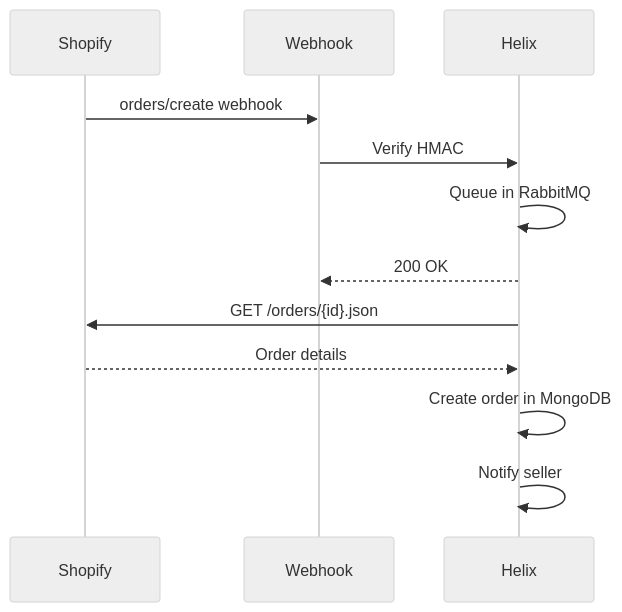
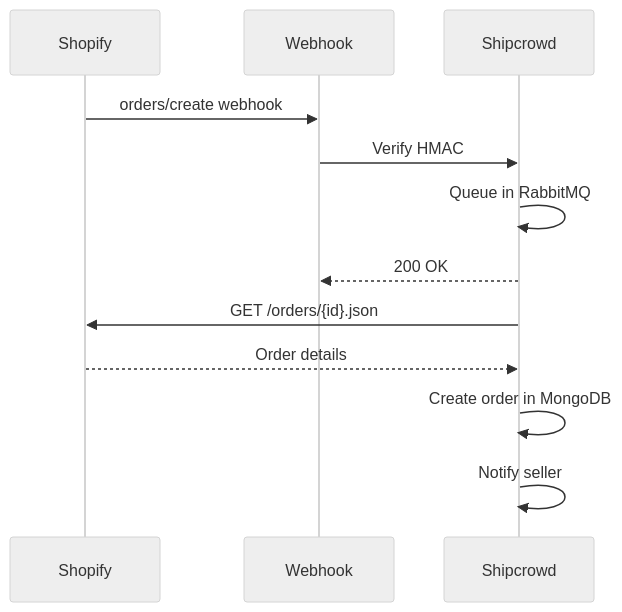
The second of 3 diagrams in docs/Development/Domains/Integrations/Ecommerce/Shopify_APIs.md (dhirajgiri3/Shipcrowd), drawn with Mermaid (neutral theme) before and after one commit. The commit also changed other lines of this file and 282 other files, not shown here.

````diff
--- a/docs/Development/Domains/Integrations/Ecommerce/Shopify_APIs.md
+++ b/docs/Development/Domains/Integrations/Ecommerce/Shopify_APIs.md
@@ -1643,15 +1643,15 @@
 ```mermaid
 sequenceDiagram
     participant S as Shopify
     participant W as Webhook
-    participant SC as Helix
+    participant SC as Shipcrowd
     
     S->>W: orders/create webhook
     W->>SC: Verify HMAC
     SC->>SC: Queue in RabbitMQ
     SC-->>W: 200 OK
     SC->>S: GET /orders/{id}.json
     S-->>SC: Order details
     SC->>SC: Create order in MongoDB
     SC->>SC: Notify seller
 ```
````
